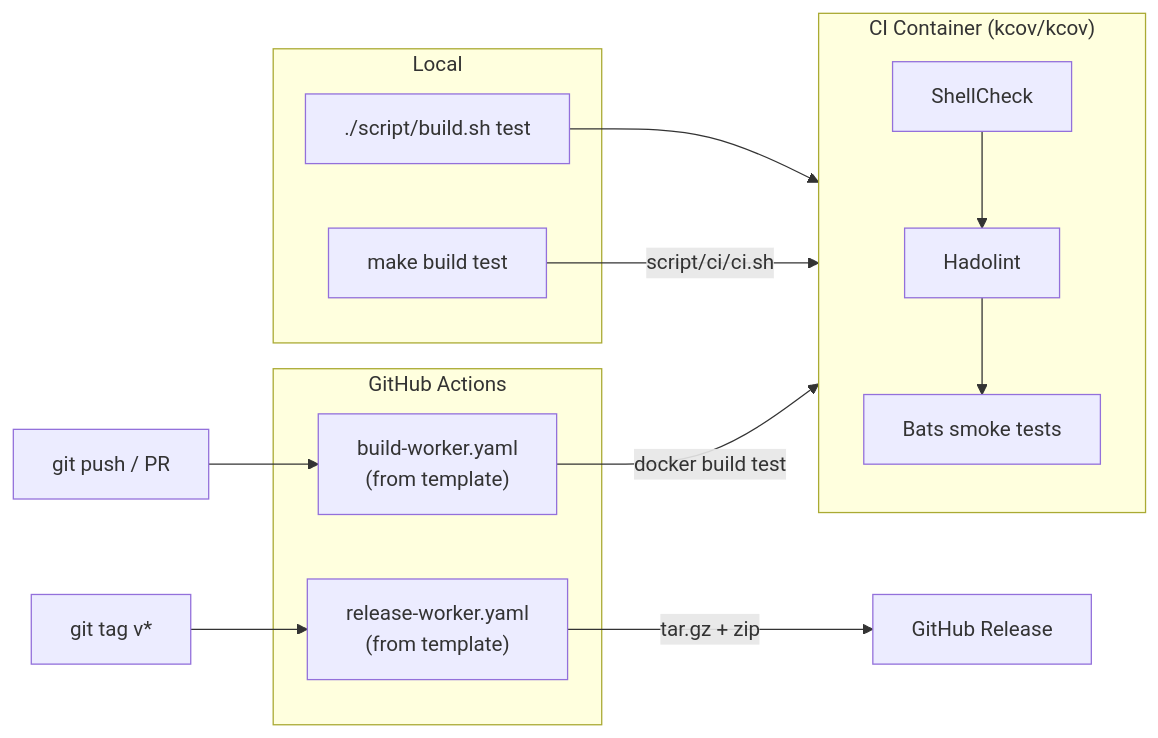
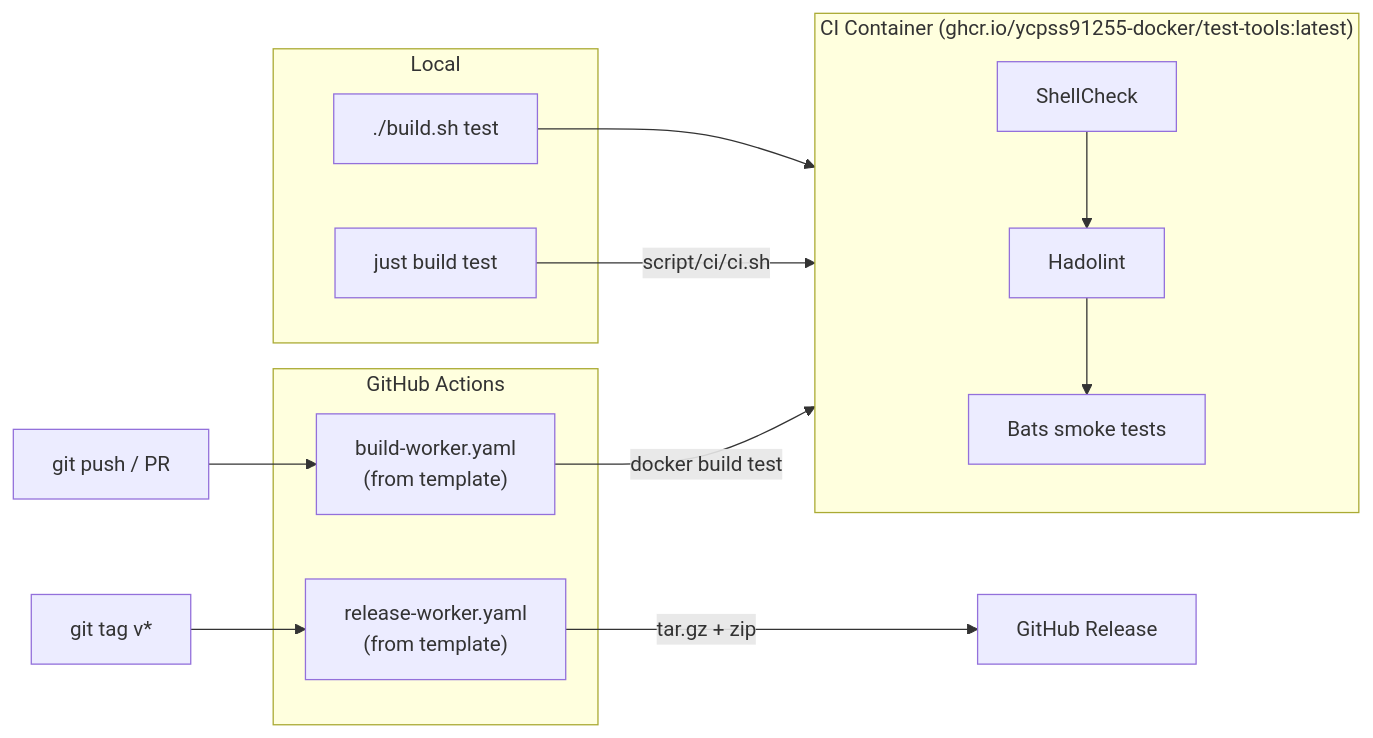
One commit to ycpss91255-docker/isaac changed the second of 2 diagrams in .base/README.md. Above: the diagram before and after it, drawn with Mermaid. The commit also changed other lines of this file and 69 other files, not shown here.

First line of the commit message:
chore(base): upgrade .base subtree v0.40.0 -> v0.41.0 (make->just, runtime.env retired) (#124)

````diff
--- a/.base/README.md
+++ b/.base/README.md
@@ -81,27 +81,27 @@
 ```mermaid
 flowchart LR
     subgraph local["Local"]
-        build_test["./script/build.sh test"]
-        make_test["make build test"]
+        build_test["./build.sh test"]
+        make_test["just build test"]
     end
 
-    subgraph ci_container["CI Container (kcov/kcov)"]
+    subgraph ci_container["CI Container (ghcr.io/ycpss91255-docker/test-tools:latest)"]
         shellcheck["ShellCheck"]
         hadolint["Hadolint"]
         bats["Bats smoke tests"]
     end
 
     subgraph github["GitHub Actions"]
         build_worker["build-worker.yaml<br/>(from template)"]
         release_worker["release-worker.yaml<br/>(from template)"]
     end
 
     build_test --> ci_container
     make_test -->|"script/ci/ci.sh"| ci_container
     shellcheck --> hadolint --> bats
 
     push["git push / PR"] --> build_worker
     build_worker -->|"docker build test"| ci_container
     tag["git tag v*"] --> release_worker
     release_worker -->|"tar.gz + zip"| release["GitHub Release"]
 ```
````
